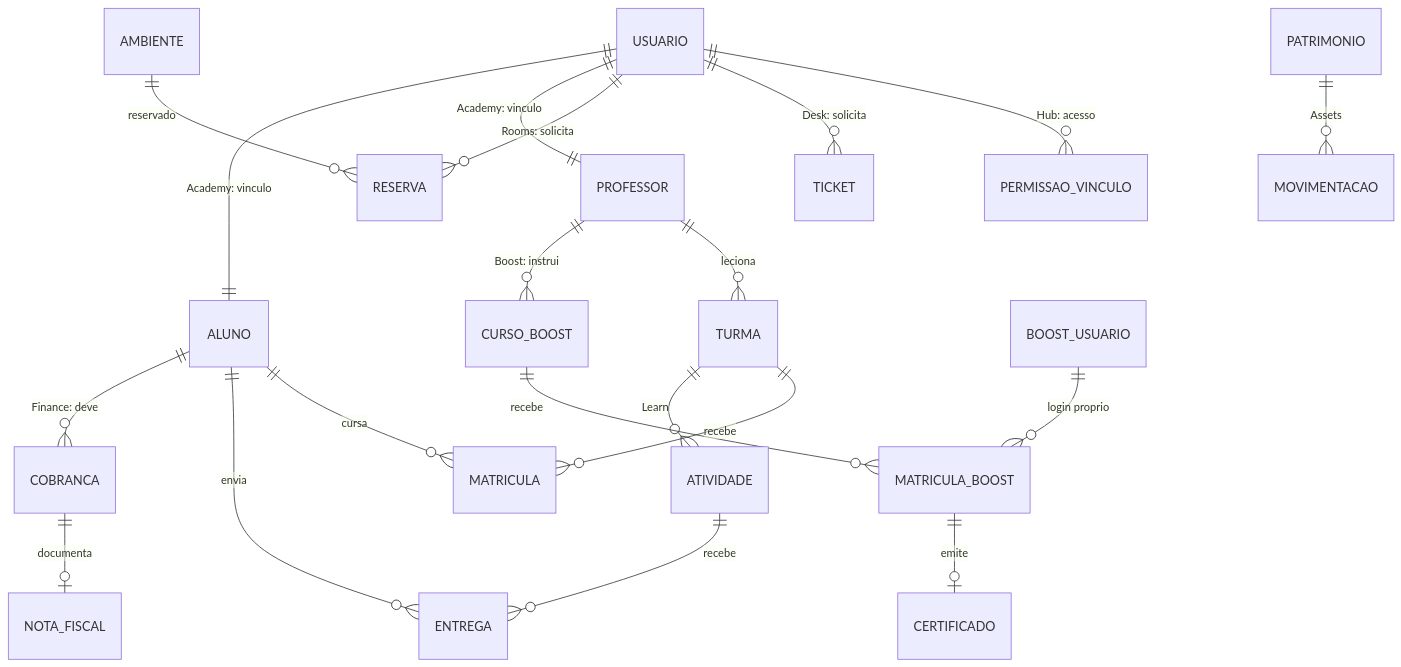
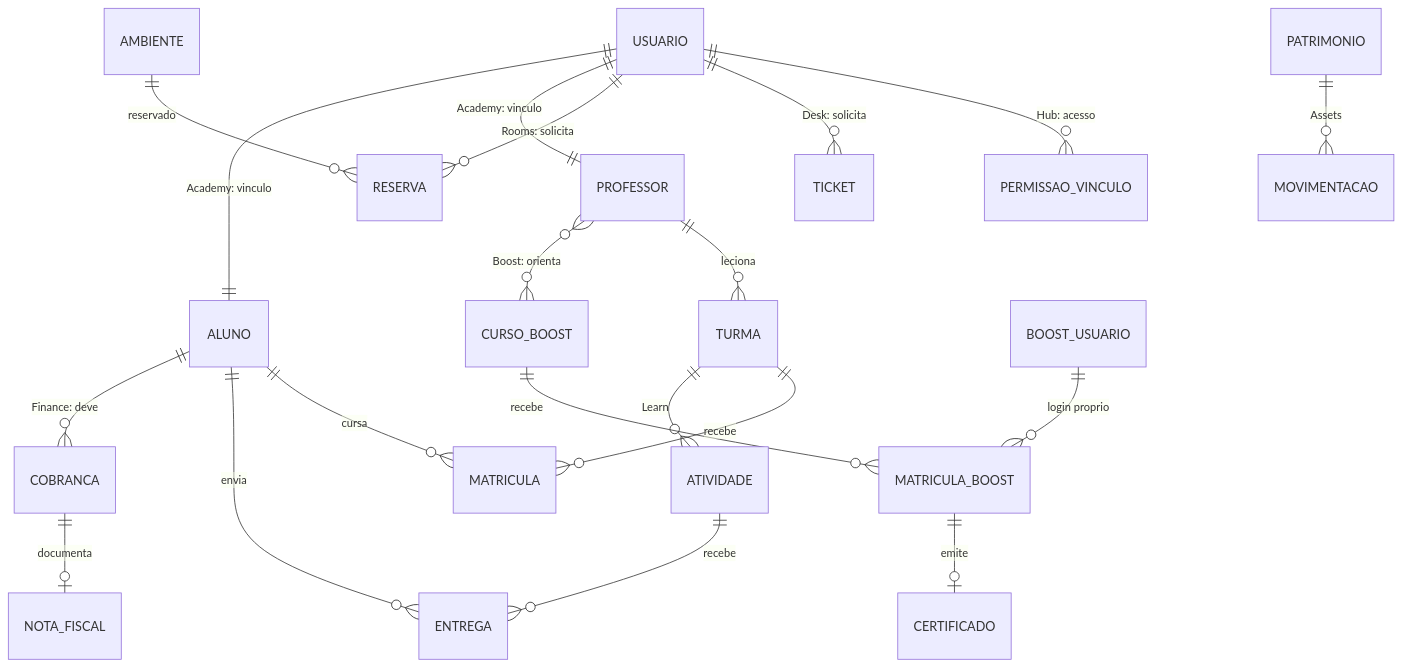
The diagram in docs/diagramas/src/erd-geral.mmd (bebberjoao/RoosterOneBackend), drawn with Mermaid before and after one commit. The commit also changed 16 other files, not shown here.

First line of the commit message:
docs: README, CONTRIBUTING, modelos e exemplos em registro formal; erd-geral atualizado

```diff
--- a/docs/diagramas/src/erd-geral.mmd
+++ b/docs/diagramas/src/erd-geral.mmd
@@ -1,20 +1,20 @@
 erDiagram
   USUARIO ||--o{ PERMISSAO_VINCULO : "Hub: acesso"
   USUARIO ||--o{ TICKET : "Desk: solicita"
   USUARIO ||--o{ RESERVA : "Rooms: solicita"
   USUARIO ||--|| PROFESSOR : "Academy: vinculo"
   USUARIO ||--|| ALUNO : "Academy: vinculo"
   PROFESSOR ||--o{ TURMA : leciona
   ALUNO ||--o{ MATRICULA : cursa
   TURMA ||--o{ MATRICULA : recebe
   TURMA ||--o{ ATIVIDADE : "Learn"
   ATIVIDADE ||--o{ ENTREGA : recebe
   ALUNO ||--o{ ENTREGA : envia
   ALUNO ||--o{ COBRANCA : "Finance: deve"
   COBRANCA ||--o| NOTA_FISCAL : documenta
-  PROFESSOR ||--o{ CURSO_BOOST : "Boost: instrui"
+  PROFESSOR }o--o{ CURSO_BOOST : "Boost: orienta"
   BOOST_USUARIO ||--o{ MATRICULA_BOOST : "login proprio"
   CURSO_BOOST ||--o{ MATRICULA_BOOST : recebe
   MATRICULA_BOOST ||--o| CERTIFICADO : emite
   AMBIENTE ||--o{ RESERVA : reservado
   PATRIMONIO ||--o{ MOVIMENTACAO : "Assets"
```
